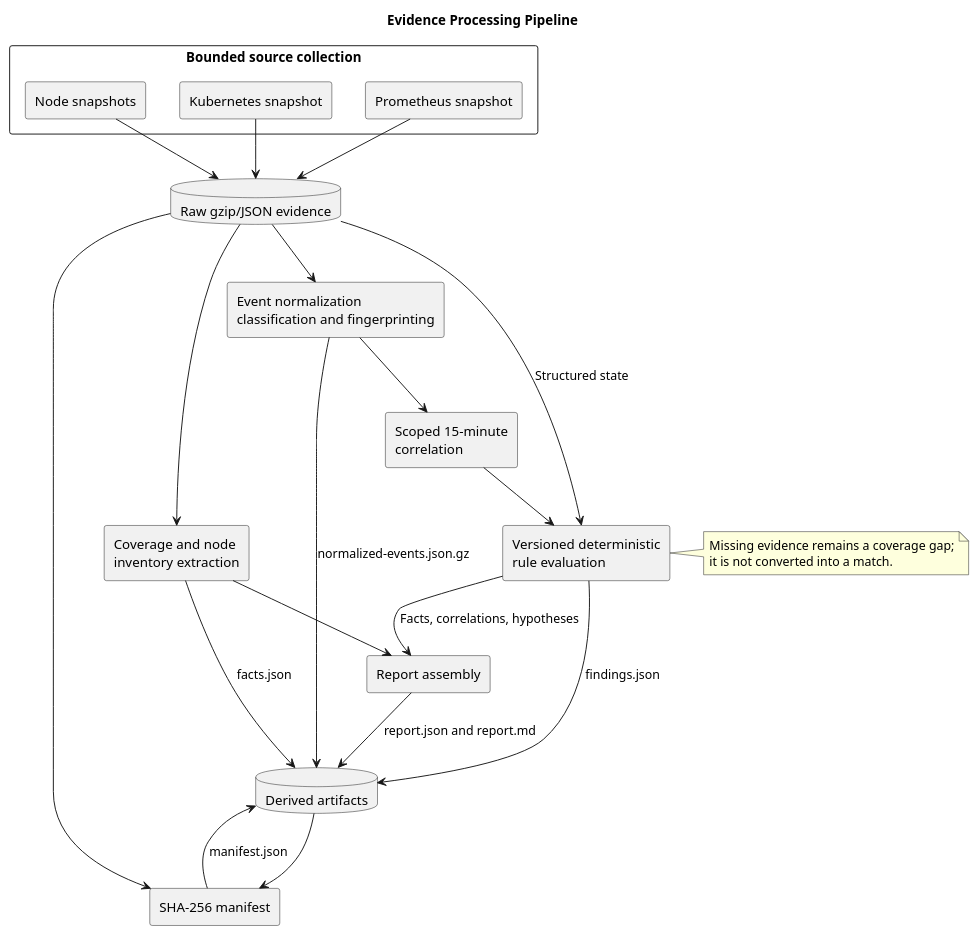
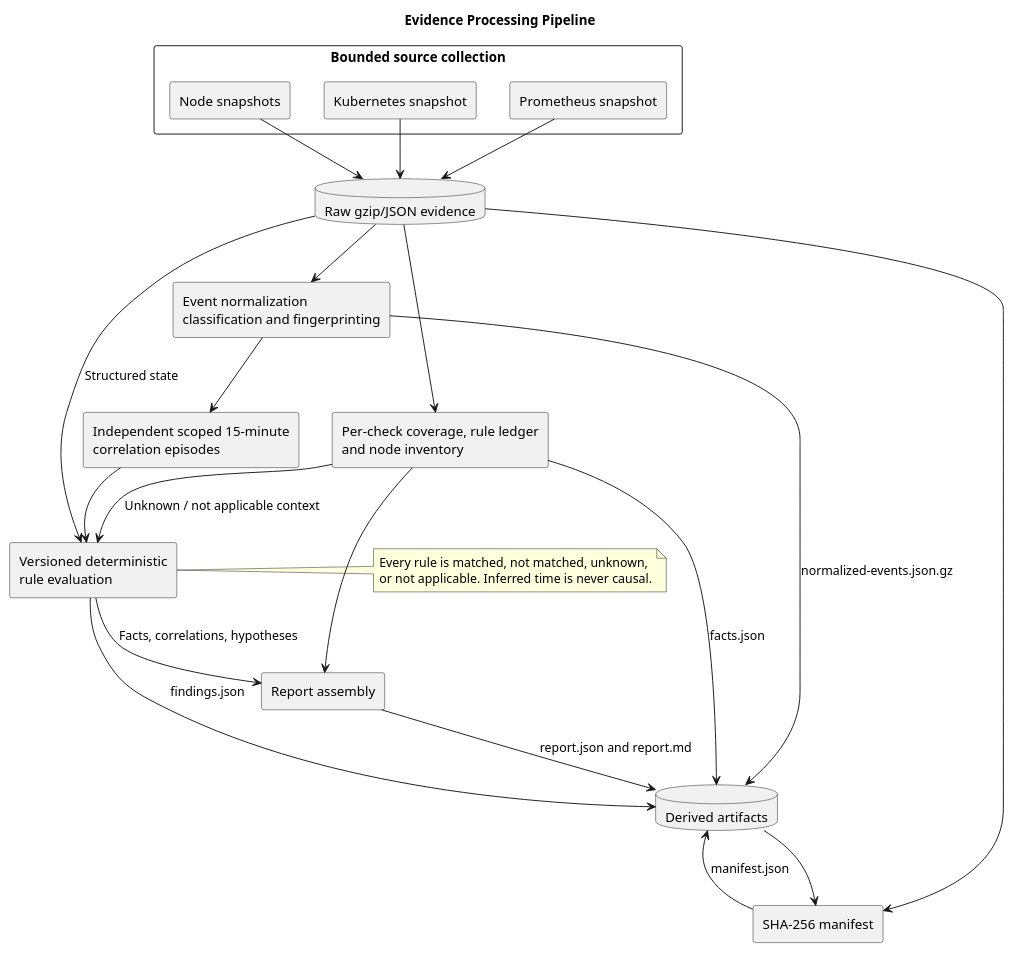
One commit to dtarasov7/k8s-check changed the diagram in diagramms/evidence-pipeline.puml. Above: the diagram before and after it, drawn with PlantUML. The commit also changed 27 other files, not shown here.

```diff
--- a/diagramms/evidence-pipeline.puml
+++ b/diagramms/evidence-pipeline.puml
@@ -1,44 +1,45 @@
 @startuml
 title Evidence Processing Pipeline
 
 skinparam componentStyle rectangle
 skinparam shadowing false
 
 rectangle "Bounded source collection" as Collection {
   component "Node snapshots" as Nodes
   component "Kubernetes snapshot" as Kubernetes
   component "Prometheus snapshot" as Prometheus
 }
 
 database "Raw gzip/JSON evidence" as Raw
 component "Event normalization\nclassification and fingerprinting" as Normalize
-component "Scoped 15-minute\ncorrelation" as Correlate
+component "Independent scoped 15-minute\ncorrelation episodes" as Correlate
 component "Versioned deterministic\nrule evaluation" as Rules
-component "Coverage and node\ninventory extraction" as Facts
+component "Per-check coverage, rule ledger\nand node inventory" as Facts
 component "Report assembly" as Report
 database "Derived artifacts" as Derived
 component "SHA-256 manifest" as Manifest
 
 Nodes --> Raw
 Kubernetes --> Raw
 Prometheus --> Raw
 Raw --> Normalize
 Normalize --> Correlate
 Correlate --> Rules
 Raw --> Rules : Structured state
 Raw --> Facts
 Rules --> Report : Facts, correlations, hypotheses
 Facts --> Report
+Facts --> Rules : Unknown / not applicable context
 Normalize --> Derived : normalized-events.json.gz
 Facts --> Derived : facts.json
 Rules --> Derived : findings.json
 Report --> Derived : report.json and report.md
 Raw --> Manifest
 Derived --> Manifest
 Manifest --> Derived : manifest.json
 
 note right of Rules
-Missing evidence remains a coverage gap;
-it is not converted into a match.
+Every rule is matched, not matched, unknown,
+or not applicable. Inferred time is never causal.
 end note
 @enduml
```
